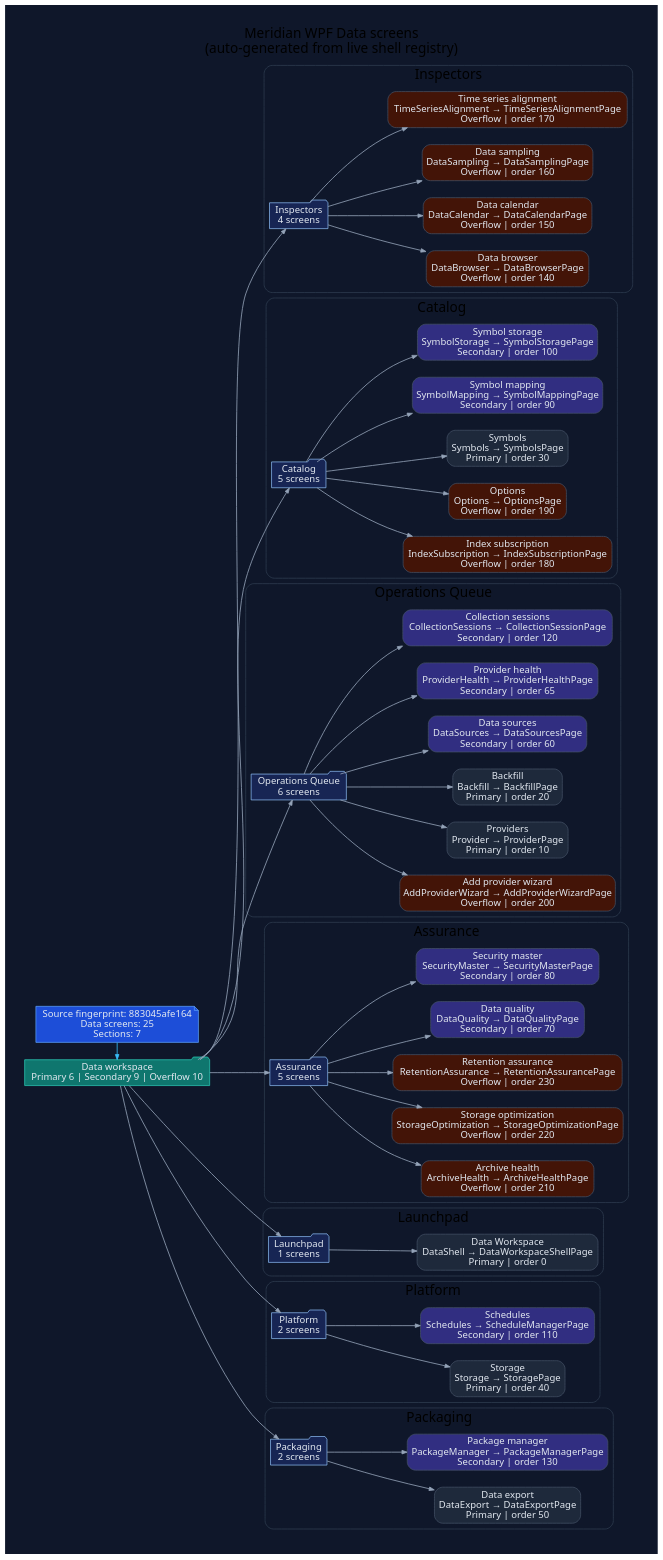
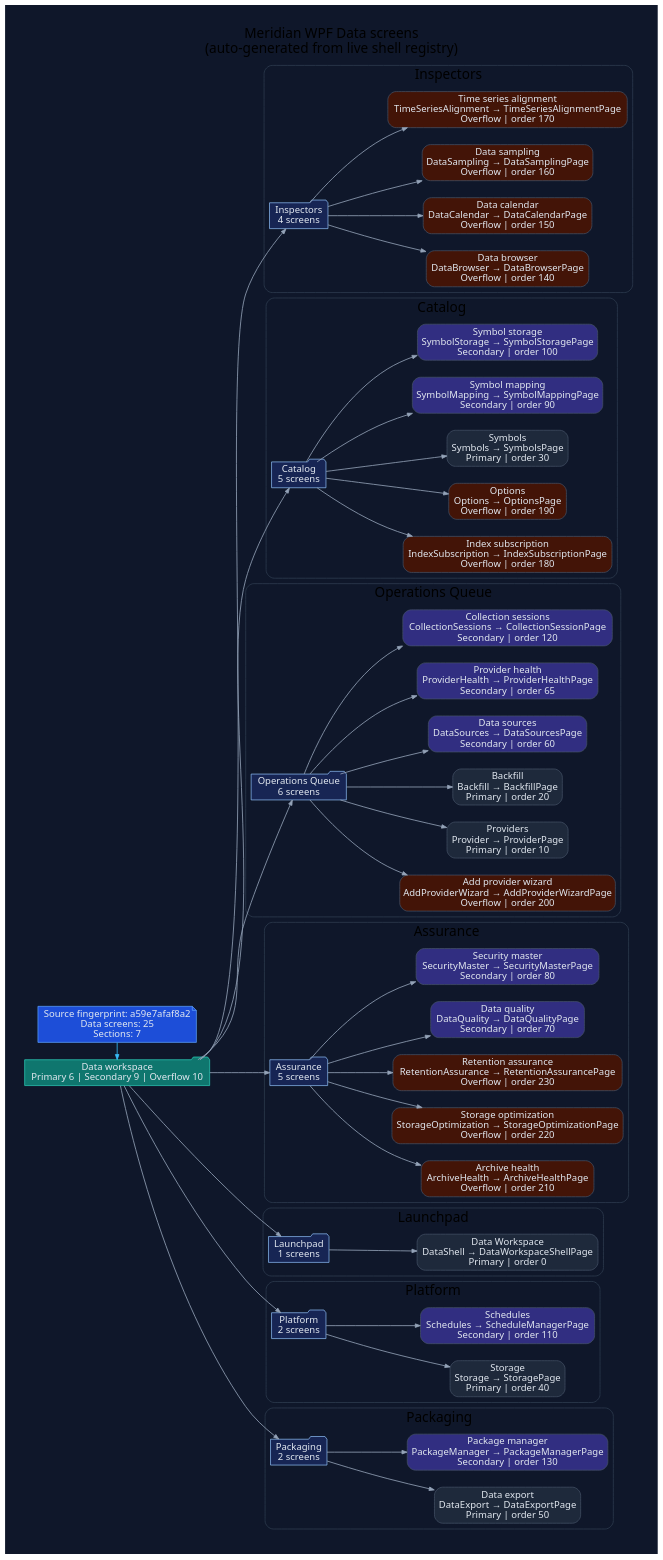
The diagram in docs/diagrams/ui-wpf-screens-data.dot (rodoHasArrived/Meridian-main), drawn with Graphviz before and after one commit. The commit also changed 156 other files, not shown here.

```diff
--- a/docs/diagrams/ui-wpf-screens-data.dot
+++ b/docs/diagrams/ui-wpf-screens-data.dot
@@ -1,132 +1,132 @@
 // -----------------------------------------------------------------------------
 // <auto-generated>
 // Generated by scripts/generate-diagrams.mjs.
 // Do not edit this file directly; update the WPF source files instead.
 // -----------------------------------------------------------------------------
 digraph WpfDataScreens {
   graph [
     rankdir=LR,
     labelloc=t,
     label="Meridian WPF Data screens\n(auto-generated from live shell registry)",
     fontname="Segoe UI",
     fontsize=20,
     pad=0.4,
     nodesep=0.35,
     ranksep=0.85,
     bgcolor="#0f172a"
   ];
   node [fontname="Segoe UI", shape=box, style="rounded,filled", color="#475569", fontcolor="#e2e8f0", fillcolor="#1e293b"];
   edge [fontname="Segoe UI", color="#94a3b8", penwidth=1.2, arrowsize=0.75];
 
-  generated [shape=note, fillcolor="#1d4ed8", color="#60a5fa", label="Source fingerprint: 883045afe164\nData screens: 25\nSections: 7"];
+  generated [shape=note, fillcolor="#1d4ed8", color="#60a5fa", label="Source fingerprint: a59e7afaf8a2\nData screens: 25\nSections: 7"];
   workspace [shape=folder, fillcolor="#0f766e", color="#2dd4bf", label="Data workspace\nPrimary 6 | Secondary 9 | Overflow 10"];
   generated -> workspace [color="#38bdf8"];
 
   subgraph cluster_section_1 {
     label="Inspectors";
     color="#334155";
     style="rounded";
     section_1 [shape=folder, fillcolor="#172554", color="#93c5fd", label="Inspectors\n4 screens"];
     workspace -> section_1;
     screen_DataBrowser [fillcolor="#431407", label="Data browser\nDataBrowser → DataBrowserPage\nOverflow | order 140"];
     section_1 -> screen_DataBrowser;
     screen_DataCalendar [fillcolor="#431407", label="Data calendar\nDataCalendar → DataCalendarPage\nOverflow | order 150"];
     section_1 -> screen_DataCalendar;
     screen_DataSampling [fillcolor="#431407", label="Data sampling\nDataSampling → DataSamplingPage\nOverflow | order 160"];
     section_1 -> screen_DataSampling;
     screen_TimeSeriesAlignment [fillcolor="#431407", label="Time series alignment\nTimeSeriesAlignment → TimeSeriesAlignmentPage\nOverflow | order 170"];
     section_1 -> screen_TimeSeriesAlignment;
   }
 
   subgraph cluster_section_2 {
     label="Catalog";
     color="#334155";
     style="rounded";
     section_2 [shape=folder, fillcolor="#172554", color="#93c5fd", label="Catalog\n5 screens"];
     workspace -> section_2;
     screen_IndexSubscription [fillcolor="#431407", label="Index subscription\nIndexSubscription → IndexSubscriptionPage\nOverflow | order 180"];
     section_2 -> screen_IndexSubscription;
     screen_Options [fillcolor="#431407", label="Options\nOptions → OptionsPage\nOverflow | order 190"];
     section_2 -> screen_Options;
     screen_Symbols [fillcolor="#1e293b", label="Symbols\nSymbols → SymbolsPage\nPrimary | order 30"];
     section_2 -> screen_Symbols;
     screen_SymbolMapping [fillcolor="#312e81", label="Symbol mapping\nSymbolMapping → SymbolMappingPage\nSecondary | order 90"];
     section_2 -> screen_SymbolMapping;
     screen_SymbolStorage [fillcolor="#312e81", label="Symbol storage\nSymbolStorage → SymbolStoragePage\nSecondary | order 100"];
     section_2 -> screen_SymbolStorage;
   }
 
   subgraph cluster_section_3 {
     label="Operations Queue";
     color="#334155";
     style="rounded";
     section_3 [shape=folder, fillcolor="#172554", color="#93c5fd", label="Operations Queue\n6 screens"];
     workspace -> section_3;
     screen_AddProviderWizard [fillcolor="#431407", label="Add provider wizard\nAddProviderWizard → AddProviderWizardPage\nOverflow | order 200"];
     section_3 -> screen_AddProviderWizard;
     screen_Provider [fillcolor="#1e293b", label="Providers\nProvider → ProviderPage\nPrimary | order 10"];
     section_3 -> screen_Provider;
     screen_Backfill [fillcolor="#1e293b", label="Backfill\nBackfill → BackfillPage\nPrimary | order 20"];
     section_3 -> screen_Backfill;
     screen_DataSources [fillcolor="#312e81", label="Data sources\nDataSources → DataSourcesPage\nSecondary | order 60"];
     section_3 -> screen_DataSources;
     screen_ProviderHealth [fillcolor="#312e81", label="Provider health\nProviderHealth → ProviderHealthPage\nSecondary | order 65"];
     section_3 -> screen_ProviderHealth;
     screen_CollectionSessions [fillcolor="#312e81", label="Collection sessions\nCollectionSessions → CollectionSessionPage\nSecondary | order 120"];
     section_3 -> screen_CollectionSessions;
   }
 
   subgraph cluster_section_4 {
     label="Assurance";
     color="#334155";
     style="rounded";
     section_4 [shape=folder, fillcolor="#172554", color="#93c5fd", label="Assurance\n5 screens"];
     workspace -> section_4;
     screen_ArchiveHealth [fillcolor="#431407", label="Archive health\nArchiveHealth → ArchiveHealthPage\nOverflow | order 210"];
     section_4 -> screen_ArchiveHealth;
     screen_StorageOptimization [fillcolor="#431407", label="Storage optimization\nStorageOptimization → StorageOptimizationPage\nOverflow | order 220"];
     section_4 -> screen_StorageOptimization;
     screen_RetentionAssurance [fillcolor="#431407", label="Retention assurance\nRetentionAssurance → RetentionAssurancePage\nOverflow | order 230"];
     section_4 -> screen_RetentionAssurance;
     screen_DataQuality [fillcolor="#312e81", label="Data quality\nDataQuality → DataQualityPage\nSecondary | order 70"];
     section_4 -> screen_DataQuality;
     screen_SecurityMaster [fillcolor="#312e81", label="Security master\nSecurityMaster → SecurityMasterPage\nSecondary | order 80"];
     section_4 -> screen_SecurityMaster;
   }
 
   subgraph cluster_section_5 {
     label="Launchpad";
     color="#334155";
     style="rounded";
     section_5 [shape=folder, fillcolor="#172554", color="#93c5fd", label="Launchpad\n1 screens"];
     workspace -> section_5;
     screen_DataShell [fillcolor="#1e293b", label="Data Workspace\nDataShell → DataWorkspaceShellPage\nPrimary | order 0"];
     section_5 -> screen_DataShell;
   }
 
   subgraph cluster_section_6 {
     label="Platform";
     color="#334155";
     style="rounded";
     section_6 [shape=folder, fillcolor="#172554", color="#93c5fd", label="Platform\n2 screens"];
     workspace -> section_6;
     screen_Storage [fillcolor="#1e293b", label="Storage\nStorage → StoragePage\nPrimary | order 40"];
     section_6 -> screen_Storage;
     screen_Schedules [fillcolor="#312e81", label="Schedules\nSchedules → ScheduleManagerPage\nSecondary | order 110"];
     section_6 -> screen_Schedules;
   }
 
   subgraph cluster_section_7 {
     label="Packaging";
     color="#334155";
     style="rounded";
     section_7 [shape=folder, fillcolor="#172554", color="#93c5fd", label="Packaging\n2 screens"];
     workspace -> section_7;
     screen_DataExport [fillcolor="#1e293b", label="Data export\nDataExport → DataExportPage\nPrimary | order 50"];
     section_7 -> screen_DataExport;
     screen_PackageManager [fillcolor="#312e81", label="Package manager\nPackageManager → PackageManagerPage\nSecondary | order 130"];
     section_7 -> screen_PackageManager;
   }
 
   { rank=min; generated; workspace; }
 }
```
